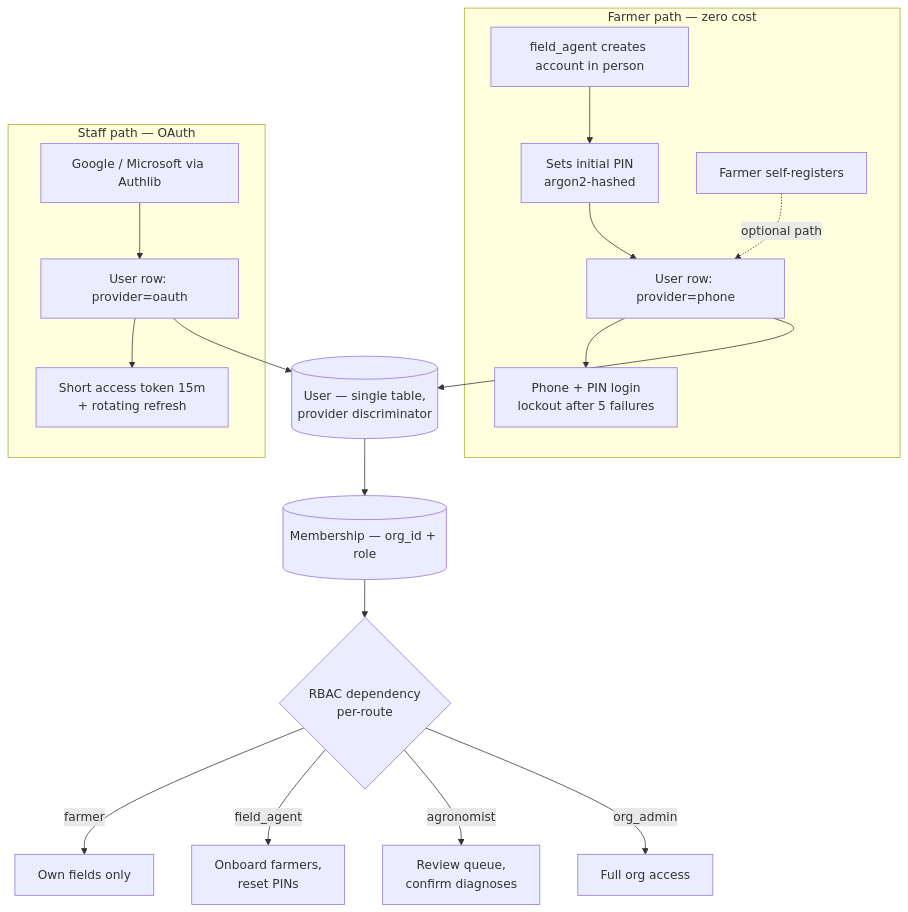
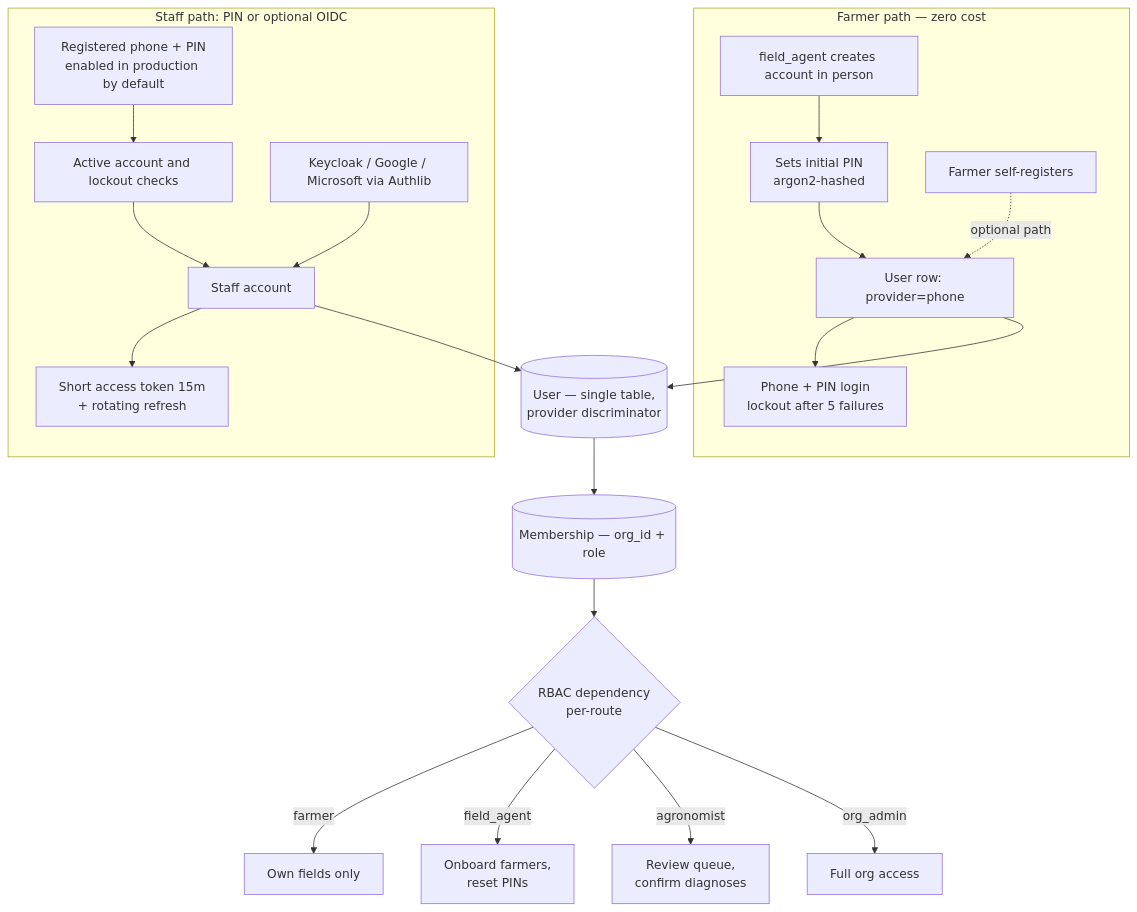
The sixth of 7 diagrams in docs/AgriVerse_Architecture_DataFlow_ER.md (nishitsaha52/AgriVerse), drawn with Mermaid before and after one commit. The commit also changed other lines of this file and 90 other files, not shown here.

````diff
--- a/docs/AgriVerse_Architecture_DataFlow_ER.md
+++ b/docs/AgriVerse_Architecture_DataFlow_ER.md
@@ -274,22 +270,24 @@
 ```mermaid
 flowchart TD
     subgraph Farmer["Farmer path — zero cost"]
         FA[field_agent creates account in person] --> PIN[Sets initial PIN<br/>argon2-hashed]
         PIN --> ACC1[User row: provider=phone]
         SELF[Farmer self-registers] -.optional path.-> ACC1
         ACC1 --> LOGIN1[Phone + PIN login<br/>lockout after 5 failures]
     end
 
-    subgraph Staff["Staff path — OAuth"]
-        OAUTH[Google / Microsoft via Authlib] --> ACC2[User row: provider=oauth]
+    subgraph Staff["Staff path: PIN or optional OIDC"]
+        STAFFPIN[Registered phone + PIN<br/>enabled in production by default] --> CHECKS[Active account and lockout checks]
+        CHECKS --> ACC2[Staff account]
+        OAUTH[Keycloak / Google / Microsoft via Authlib] --> ACC2
         ACC2 --> LOGIN2[Short access token 15m<br/>+ rotating refresh]
     end
 
     ACC1 & ACC2 --> USERTBL[(User — single table,<br/>provider discriminator)]
     USERTBL --> MEM[(Membership — org_id + role)]
     MEM --> RBAC{RBAC dependency<br/>per-route}
     RBAC -->|farmer| SCOPE1[Own fields only]
     RBAC -->|field_agent| SCOPE2[Onboard farmers,<br/>reset PINs]
     RBAC -->|agronomist| SCOPE3[Review queue,<br/>confirm diagnoses]
     RBAC -->|org_admin| SCOPE4[Full org access]
 ```
````
